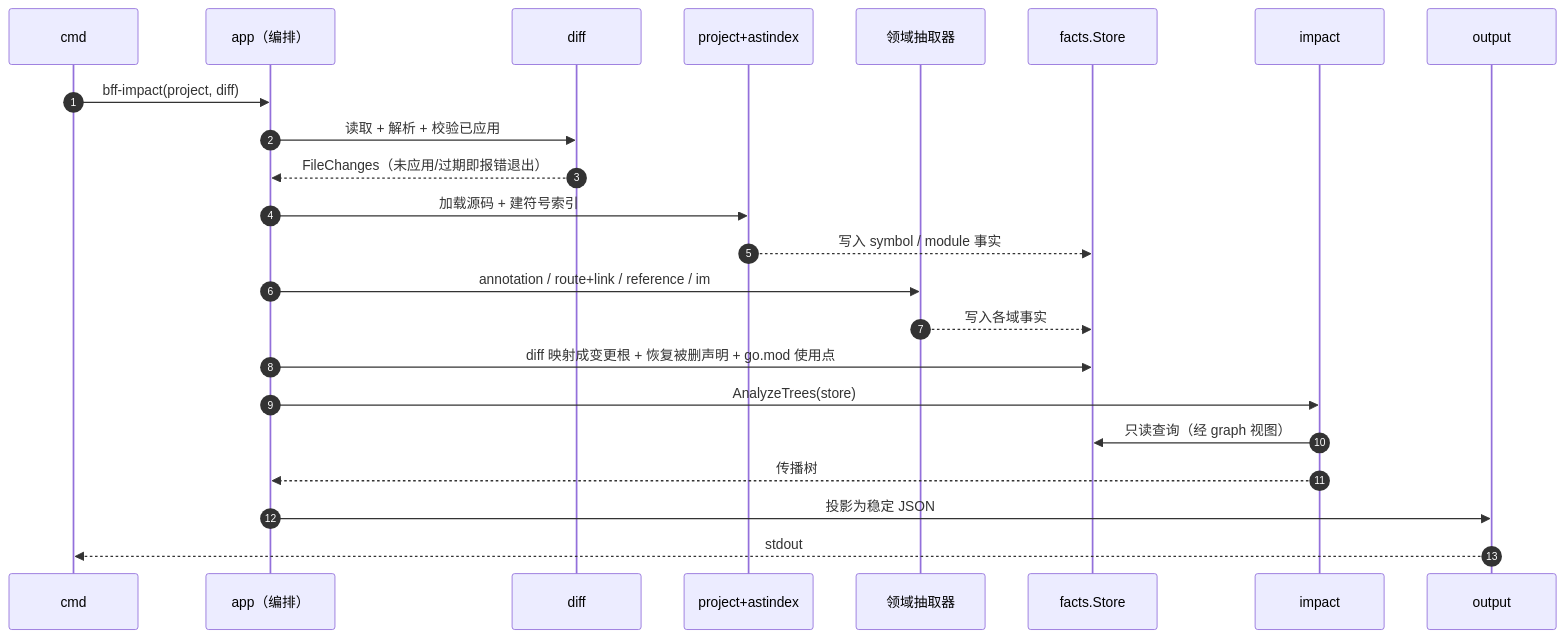
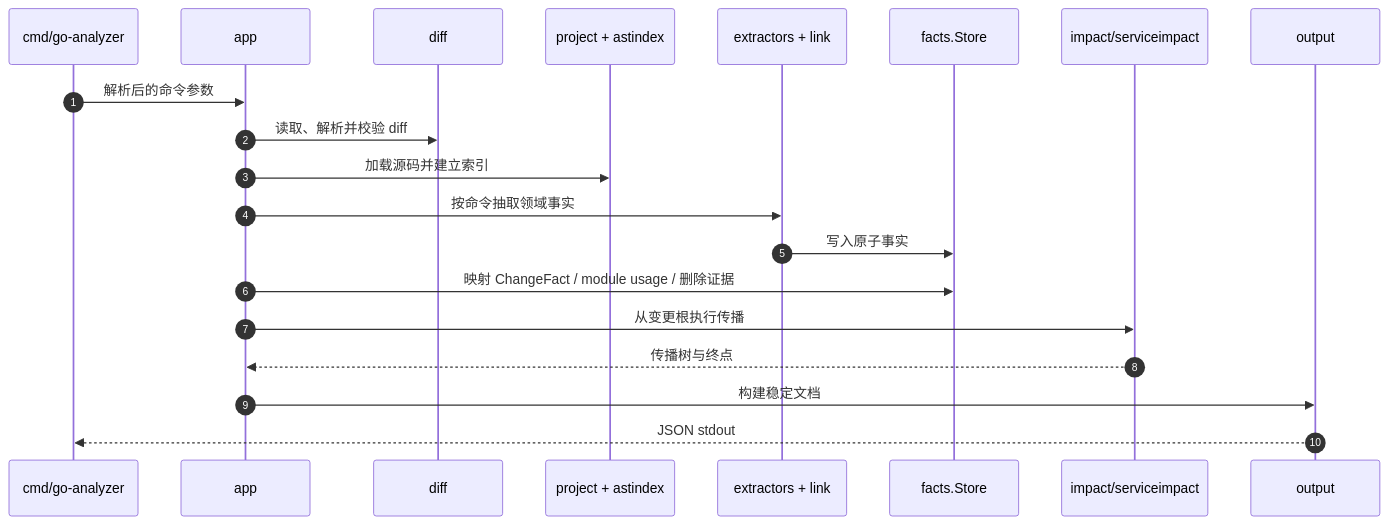
One commit to Flying-Bird1999/go-analyzer changed the second of 4 diagrams in TECH-DESIGN-impact-analysis.md. Above: the diagram before and after it, drawn with Mermaid. The commit also changed other lines of this file, not shown here.

````diff
--- a/TECH-DESIGN-impact-analysis.md
+++ b/TECH-DESIGN-impact-analysis.md
@@ -220,26 +206,23 @@
 ```mermaid
 sequenceDiagram
     autonumber
-    participant CLI as cmd
-    participant APP as app（编排）
-    participant DIFF as diff
-    participant BASE as project+astindex
-    participant EX as 领域抽取器
-    participant STORE as facts.Store
-    participant IMP as impact
-    participant OUT as output
+    participant CLI as cmd/go-analyzer
+    participant APP as app
+    participant D as diff
+    participant P as project + astindex
+    participant E as extractors + link
+    participant F as facts.Store
+    participant A as impact/serviceimpact
+    participant O as output
 
-    CLI->>APP: bff-impact(project, diff)
-    APP->>DIFF: 读取 + 解析 + 校验已应用
-    DIFF-->>APP: FileChanges（未应用/过期即报错退出）
-    APP->>BASE: 加载源码 + 建符号索引
-    BASE-->>STORE: 写入 symbol / module 事实
-    APP->>EX: annotation / route+link / reference / im
-    EX-->>STORE: 写入各域事实
-    APP->>STORE: diff 映射成变更根 + 恢复被删声明 + go.mod 使用点
-    APP->>IMP: AnalyzeTrees(store)
-    IMP->>STORE: 只读查询（经 graph 视图）
-    IMP-->>APP: 传播树
-    APP->>OUT: 投影为稳定 JSON
-    OUT-->>CLI: stdout
+    CLI->>APP: 解析后的命令参数
+    APP->>D: 读取、解析并校验 diff
+    APP->>P: 加载源码并建立索引
+    APP->>E: 按命令抽取领域事实
+    E->>F: 写入原子事实
+    APP->>F: 映射 ChangeFact / module usage / 删除证据
+    APP->>A: 从变更根执行传播
+    A-->>APP: 传播树与终点
+    APP->>O: 构建稳定文档
+    O-->>CLI: JSON stdout
 ```
````
